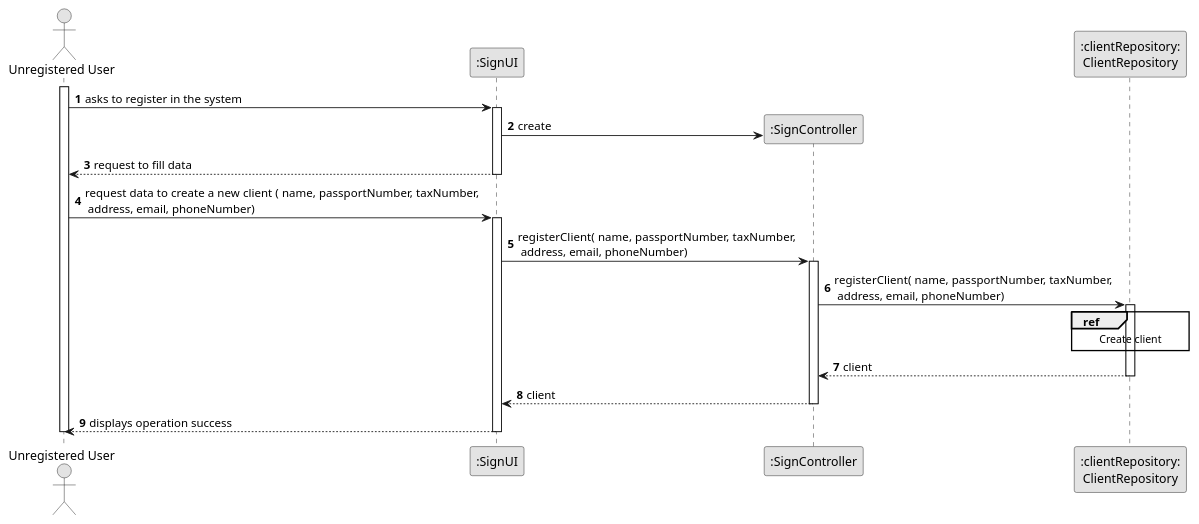
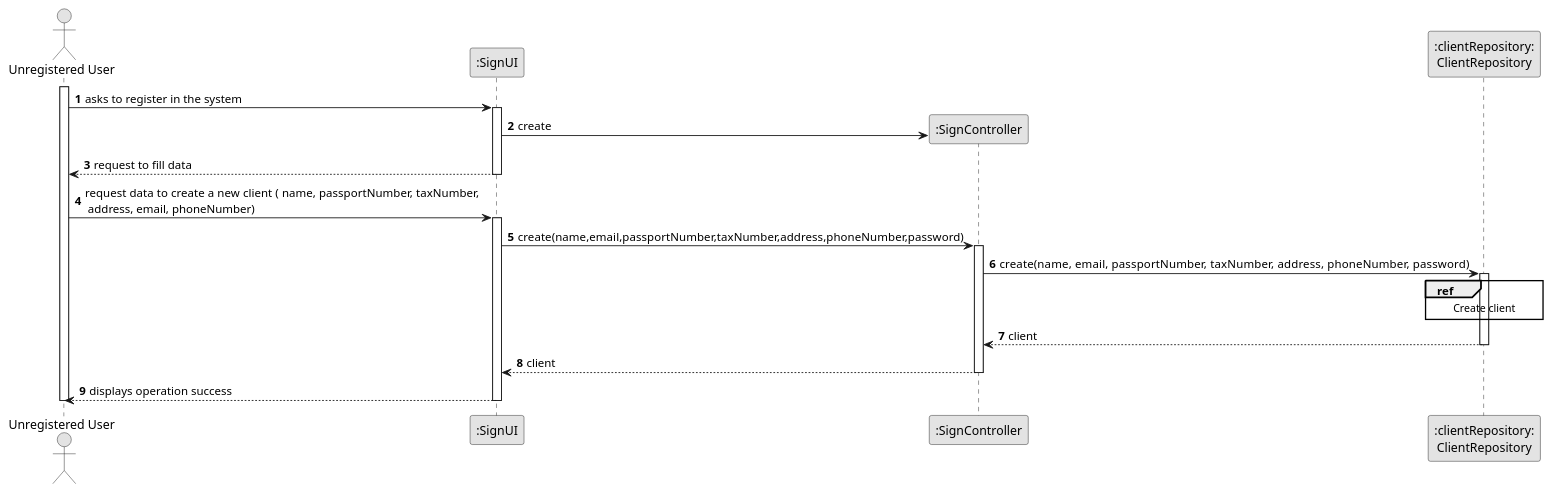
The diagram in docs/sprintD/us007/03.design/puml/us007-sequence-diagram-split.puml (Shushizinho/RealEstateUSASystem), drawn with PlantUML before and after one commit. The commit also changed 19 other files, not shown here.

Commit message:
update US7 UI, Rep and SD ( As an unregistered user, I want to register in the system to buy, sell or rent properties.) create GetPropertyListUITest

```diff
--- a/docs/sprintD/us007/03.design/puml/us007-sequence-diagram-split.puml
+++ b/docs/sprintD/us007/03.design/puml/us007-sequence-diagram-split.puml
@@ -1,53 +1,54 @@
 @startuml
 skinparam monochrome true
 skinparam packageStyle rectangle
 skinparam shadowing false
 
 autonumber
 
 'hide footbox
 actor "Unregistered User" as UU
 participant ":SignUI" as UI
 participant ":SignController" as CTRL
 participant ":clientRepository:\nClientRepository" as CLR
 
 activate UU
 
         UU -> UI : asks to register in the system
 
         activate UI
 
             create CTRL
             UI -> CTRL** : create
 
             deactivate CTRL
 
             UI --> UU : request to fill data
         deactivate UI
 
 
     UU -> UI : request data to create a new client ( name, passportNumber, taxNumber, \n address, email, phoneNumber)
     activate UI
 
-       UI -> CTRL : registerClient( name, passportNumber, taxNumber, \n address, email, phoneNumber)
+       UI -> CTRL : create(name,email,passportNumber,taxNumber,address,phoneNumber,password)
 
             activate CTRL
 
-                CTRL -> CLR: registerClient( name, passportNumber, taxNumber, \n address, email, phoneNumber)
+                CTRL -> CLR: create(name,  email,  passportNumber, taxNumber, address, phoneNumber, password)
+
                 activate CLR
                ref over CLR
                Create client
                end ref
 
 
                     CLR --> CTRL: client
                 deactivate CLR
 
             CTRL --> UI: client
             deactivate CTRL
             UI --> UU: displays operation success
     deactivate UI
 
 deactivate UU
 
 @enduml
```
